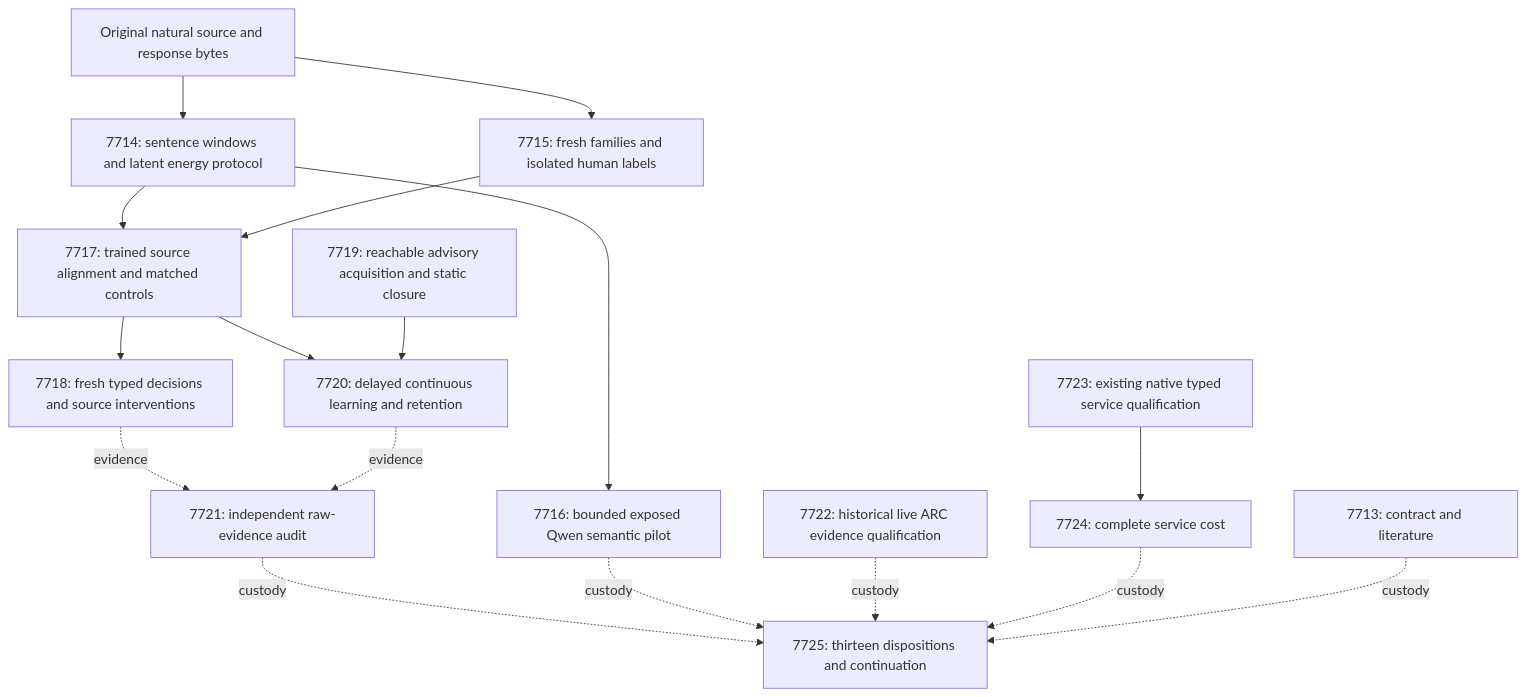
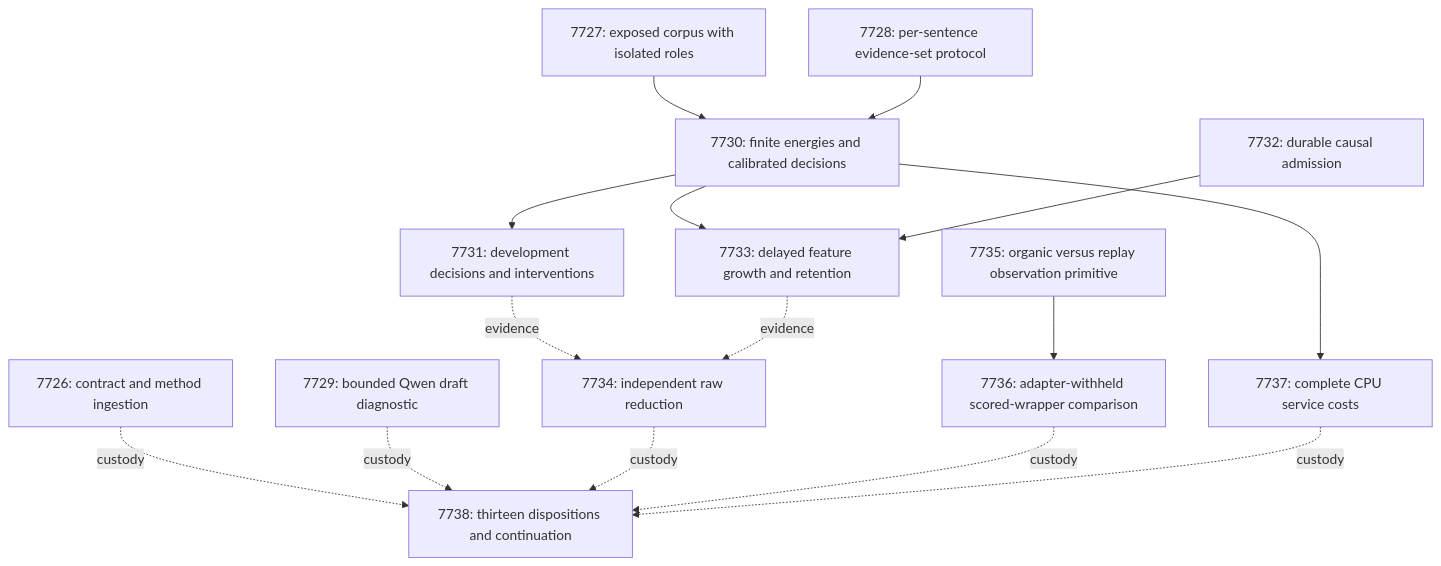
Before and after one commit to Carnot-EBM/carnot-ebm: the diagram in openspec/change-proposals/research-roadmap-vNEXT.md, drawn with Mermaid. The commit also changed other lines of this file and 19 other files, not shown here.

````diff
--- a/openspec/change-proposals/research-roadmap-vNEXT.md
+++ b/openspec/change-proposals/research-roadmap-vNEXT.md
@@ -85,31 +97,30 @@
 ```mermaid
 flowchart TD
-    S[Original natural source and response bytes]
-    P[7714: sentence windows and latent energy protocol]
-    C[7715: fresh families and isolated human labels]
-    Q[7716: bounded exposed Qwen semantic pilot]
-    E[7717: trained source alignment and matched controls]
-    D[7718: fresh typed decisions and source interventions]
-    B[7719: reachable advisory acquisition and static closure]
-    L[7720: delayed continuous learning and retention]
-    A[7721: independent raw-evidence audit]
-    R[7722: historical live ARC evidence qualification]
-    N[7723: existing native typed service qualification]
-    T[7724: complete service cost]
-    K[7725: thirteen dispositions and continuation]
-    S --> P
-    S --> C
-    P --> Q
-    P --> E
-    C --> E --> D
-    E --> L
+    C[7726: contract and method ingestion]
+    D[7727: exposed corpus with isolated roles]
+    P[7728: per-sentence evidence-set protocol]
+    Q[7729: bounded Qwen draft diagnostic]
+    F[7730: finite energies and calibrated decisions]
+    E[7731: development decisions and interventions]
+    B[7732: durable causal admission]
+    L[7733: delayed feature growth and retention]
+    A[7734: independent raw reduction]
+    R[7735: organic versus replay observation primitive]
+    G[7736: adapter-withheld scored-wrapper comparison]
+    T[7737: complete CPU service costs]
+    K[7738: thirteen dispositions and continuation]
+    D --> F
+    P --> F
+    F --> E
+    F --> L
     B --> L
-    D -. evidence .-> A
+    E -. evidence .-> A
     L -. evidence .-> A
-    N --> T
+    R --> G
+    F --> T
+    C -. custody .-> K
+    Q -. custody .-> K
     A -. custody .-> K
-    Q -. custody .-> K
-    R -. custody .-> K
+    G -. custody .-> K
     T -. custody .-> K
-    M[7713: contract and literature] -. custody .-> K
 ```
````
